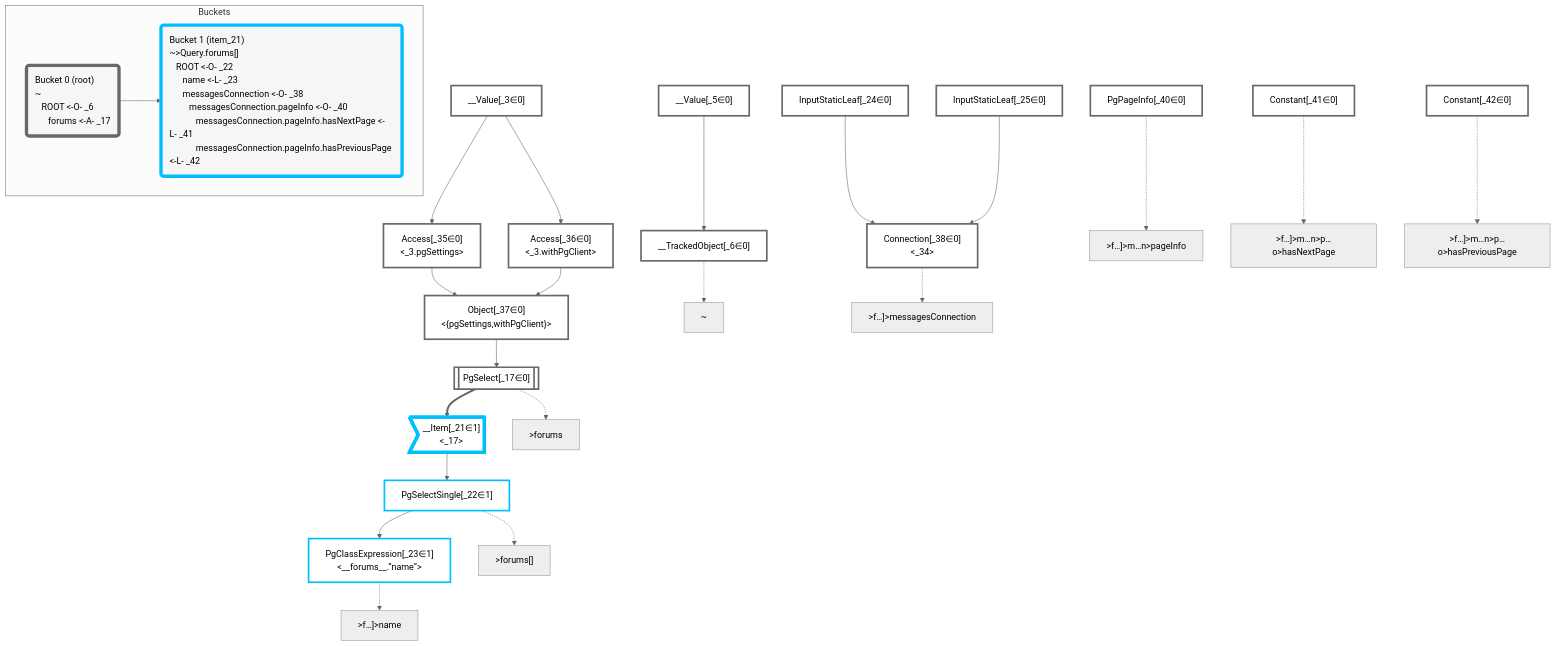
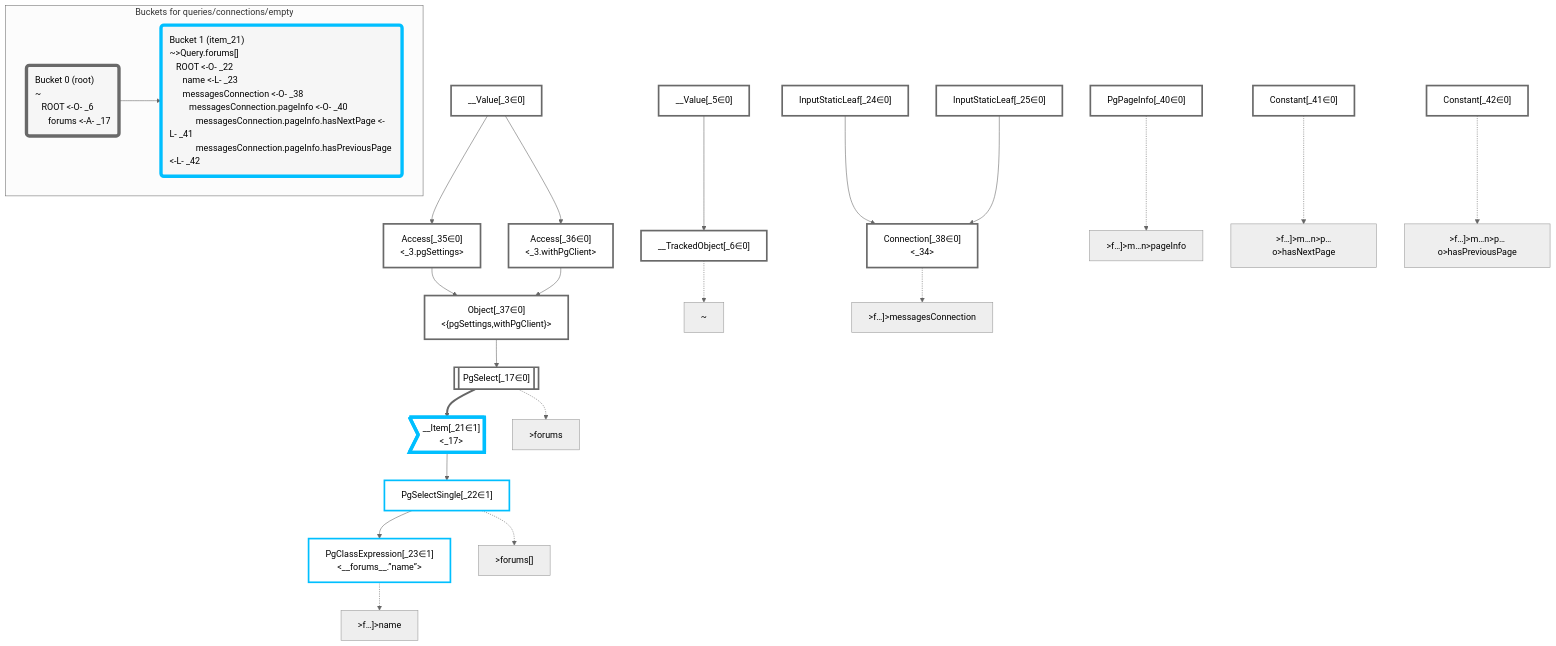
One commit to graphile/crystal changed the diagram in packages/dataplan-pg/__tests__/queries/connections/empty.mermaid.md. Above: the diagram before and after it, drawn with Mermaid (neutral theme). The commit also changed 195 other files, not shown here.

````diff
--- a/packages/dataplan-pg/__tests__/queries/connections/empty.mermaid.md
+++ b/packages/dataplan-pg/__tests__/queries/connections/empty.mermaid.md
@@ -1,72 +1,72 @@
 ```mermaid
 graph TD
     classDef path fill:#eee,stroke:#000,color:#000
     classDef plan fill:#fff,stroke-width:3px,color:#000
     classDef itemplan fill:#fff,stroke-width:6px,color:#000
     classDef sideeffectplan fill:#f00,stroke-width:6px,color:#000
     classDef bucket fill:#f6f6f6,color:#000,stroke-width:6px,text-align:left
 
 
     %% define plans
     __Value_3["__Value[_3∈0]<br /><context>"]:::plan
     __Value_5["__Value[_5∈0]<br /><rootValue>"]:::plan
     __TrackedObject_6["__TrackedObject[_6∈0]"]:::plan
     PgSelect_17[["PgSelect[_17∈0]<br /><forums>"]]:::plan
     __Item_21>"__Item[_21∈1]<br /><_17>"]:::itemplan
     PgSelectSingle_22["PgSelectSingle[_22∈1]<br /><forums>"]:::plan
     PgClassExpression_23["PgClassExpression[_23∈1]<br /><__forums__.”name”>"]:::plan
     InputStaticLeaf_24["InputStaticLeaf[_24∈0]"]:::plan
     InputStaticLeaf_25["InputStaticLeaf[_25∈0]"]:::plan
     Access_35["Access[_35∈0]<br /><_3.pgSettings>"]:::plan
     Access_36["Access[_36∈0]<br /><_3.withPgClient>"]:::plan
     Object_37["Object[_37∈0]<br /><{pgSettings,withPgClient}>"]:::plan
     Connection_38["Connection[_38∈0]<br /><_34>"]:::plan
     PgPageInfo_40["PgPageInfo[_40∈0]"]:::plan
     Constant_41["Constant[_41∈0]"]:::plan
     Constant_42["Constant[_42∈0]"]:::plan
 
     %% plan dependencies
     __Value_5 --> __TrackedObject_6
     Object_37 --> PgSelect_17
     PgSelect_17 ==> __Item_21
     __Item_21 --> PgSelectSingle_22
     PgSelectSingle_22 --> PgClassExpression_23
     __Value_3 --> Access_35
     __Value_3 --> Access_36
     Access_35 --> Object_37
     Access_36 --> Object_37
     InputStaticLeaf_24 --> Connection_38
     InputStaticLeaf_25 --> Connection_38
 
     %% plan-to-path relationships
     P_6["~"]
     __TrackedObject_6 -.-> P_6
     P_17[">forums"]
     PgSelect_17 -.-> P_17
     P_22[">forums[]"]
     PgSelectSingle_22 -.-> P_22
     P_23[">f…]>name"]
     PgClassExpression_23 -.-> P_23
     P_38[">f…]>messagesConnection"]
     Connection_38 -.-> P_38
     P_40[">f…]>m…n>pageInfo"]
     PgPageInfo_40 -.-> P_40
     P_41[">f…]>m…n>p…o>hasNextPage"]
     Constant_41 -.-> P_41
     P_42[">f…]>m…n>p…o>hasPreviousPage"]
     Constant_42 -.-> P_42
 
     %% allocate buckets
     classDef bucket0 stroke:#696969
     class __Value_3,__Value_5,__TrackedObject_6,PgSelect_17,InputStaticLeaf_24,InputStaticLeaf_25,Access_35,Access_36,Object_37,Connection_38,PgPageInfo_40,Constant_41,Constant_42 bucket0
     classDef bucket1 stroke:#00bfff
     class __Item_21,PgSelectSingle_22,PgClassExpression_23 bucket1
 
-    subgraph Buckets
+    subgraph "Buckets for queries/connections/empty"
     Bucket0("Bucket 0 (root)<br />~<br />⠀ROOT <-O- _6<br />⠀⠀forums <-A- _17"):::bucket
     style Bucket0 stroke:#696969
     Bucket1("Bucket 1 (item_21)<br />~>Query.forums[]<br />⠀ROOT <-O- _22<br />⠀⠀name <-L- _23<br />⠀⠀messagesConnection <-O- _38<br />⠀⠀⠀messagesConnection.pageInfo <-O- _40<br />⠀⠀⠀⠀messagesConnection.pageInfo.hasNextPage <-L- _41<br />⠀⠀⠀⠀messagesConnection.pageInfo.hasPreviousPage <-L- _42"):::bucket
     style Bucket1 stroke:#00bfff
     Bucket0 --> Bucket1
     end
 ```
````
